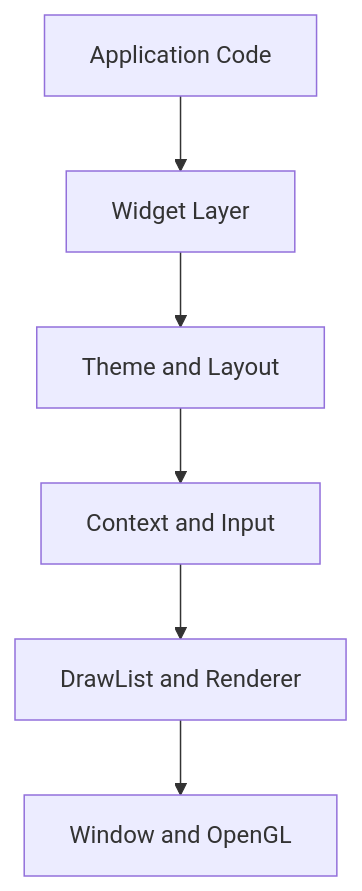
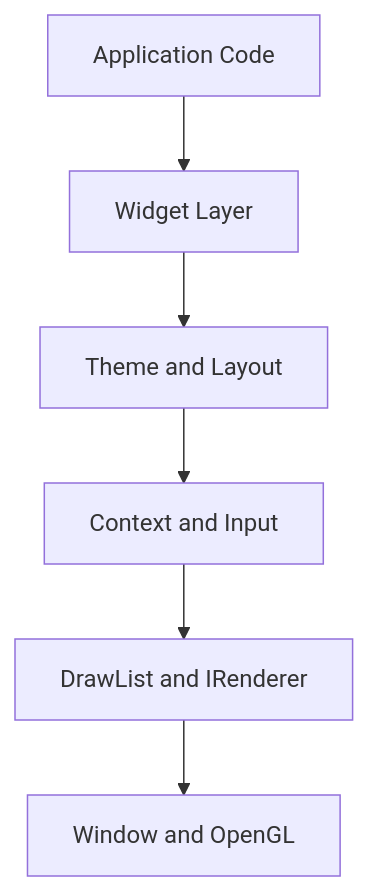
The diagram in docs/ARCHITECTURE.md (nacz0/Fastener), drawn with Mermaid before and after one commit. The commit also changed other lines of this file and 30 other files, not shown here.

````diff
--- a/docs/ARCHITECTURE.md
+++ b/docs/ARCHITECTURE.md
@@ -14,8 +15,8 @@
 ```mermaid
 graph TD
     App[Application Code] --> Widgets[Widget Layer]
     Widgets --> UI[Theme and Layout]
     UI --> Core[Context and Input]
-    Core --> Graphics[DrawList and Renderer]
+    Core --> Graphics[DrawList and IRenderer]
     Graphics --> Platform[Window and OpenGL]
 ```
````
